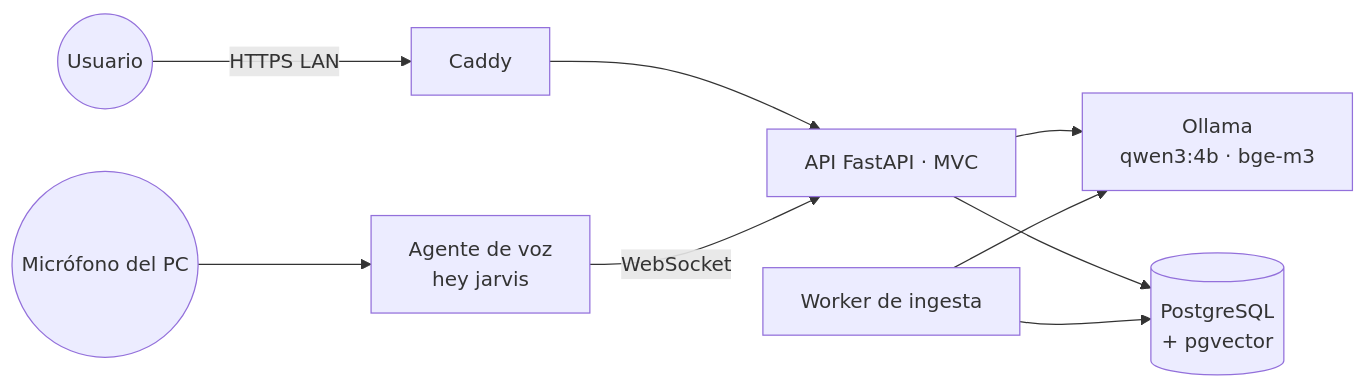
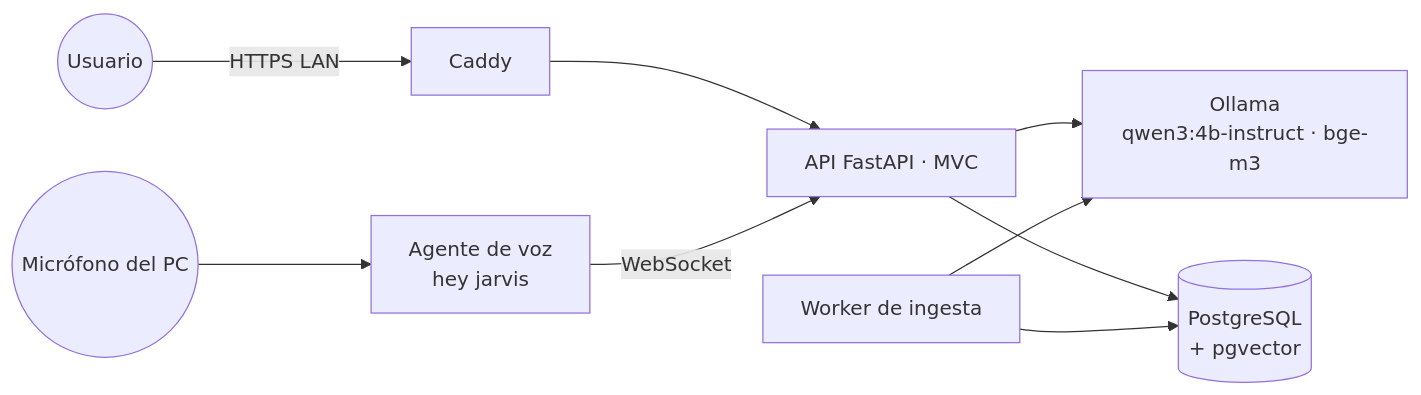
One commit to wleal7797/jarvis-local changed the diagram in README.md. Above: the diagram before and after it, drawn with Mermaid. The commit also changed other lines of this file and 24 other files, not shown here.

````diff
--- a/README.md
+++ b/README.md
@@ -37,10 +49,10 @@
 ```mermaid
 flowchart LR
   U((Usuario)) -->|HTTPS LAN| P[Caddy]
   P --> A[API FastAPI · MVC]
   M((Micrófono del PC)) --> VA[Agente de voz<br/>hey jarvis] -->|WebSocket| A
-  A --> O[Ollama<br/>qwen3:4b · bge-m3]
+  A --> O[Ollama<br/>qwen3:4b-instruct · bge-m3]
   A --> D[(PostgreSQL<br/>+ pgvector)]
   W[Worker de ingesta] --> D
   W --> O
 ```
````
